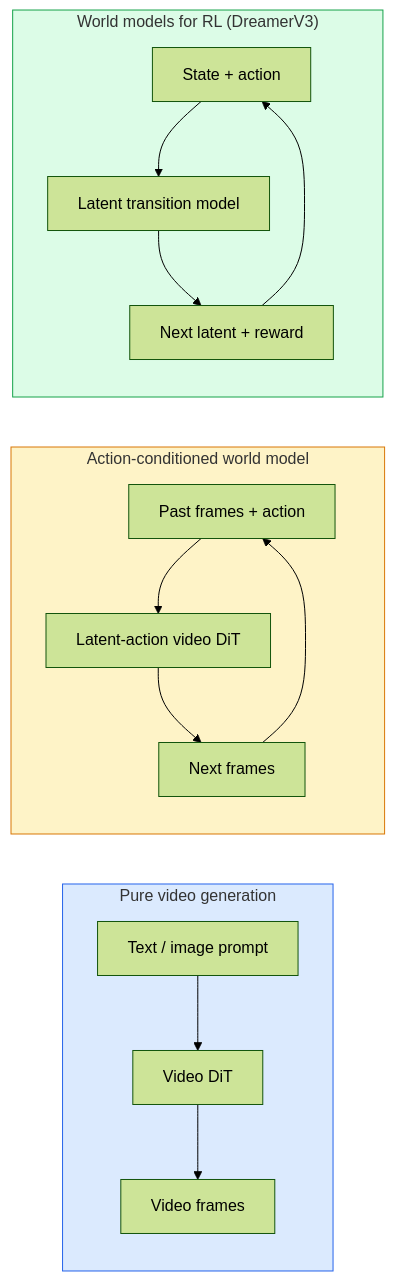
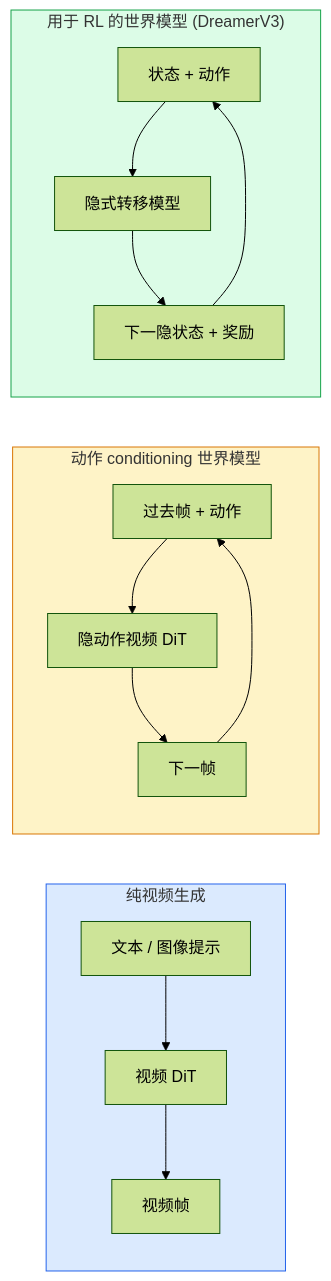
One commit to guangningsun/ailearning changed the diagram in lessons/04-computer-vision/28-world-models-video-diffusion/docs/zh.md. Above: the diagram before and after it, drawn with Mermaid (forest theme). The commit also changed other lines of this file and 29 other files, not shown here.

````diff
--- a/lessons/04-computer-vision/28-world-models-video-diffusion/docs/zh.md
+++ b/lessons/04-computer-vision/28-world-models-video-diffusion/docs/zh.md
@@ -29,18 +29,18 @@
 ```mermaid
 flowchart LR
-    subgraph GEN["Pure video generation"]
-        G1["Text / image prompt"] --> G2["Video DiT"] --> G3["Video frames"]
+    subgraph GEN["纯视频生成"]
+        G1["文本 / 图像提示"] --> G2["视频 DiT"] --> G3["视频帧"]
     end
-    subgraph ACTION["Action-conditioned world model"]
-        A1["Past frames + action"] --> A2["Latent-action video DiT"] --> A3["Next frames"]
+    subgraph ACTION["动作 conditioning 世界模型"]
+        A1["过去帧 + 动作"] --> A2["隐动作视频 DiT"] --> A3["下一帧"]
         A3 --> A1
     end
-    subgraph RL["World models for RL (DreamerV3)"]
-        R1["State + action"] --> R2["Latent transition model"] --> R3["Next latent + reward"]
+    subgraph RL["用于 RL 的世界模型 (DreamerV3)"]
+        R1["状态 + 动作"] --> R2["隐式转移模型"] --> R3["下一隐状态 + 奖励"]
         R3 --> R1
     end
 
     style GEN fill:#dbeafe,stroke:#2563eb
     style ACTION fill:#fef3c7,stroke:#d97706
     style RL fill:#dcfce7,stroke:#16a34a
 ```
````
